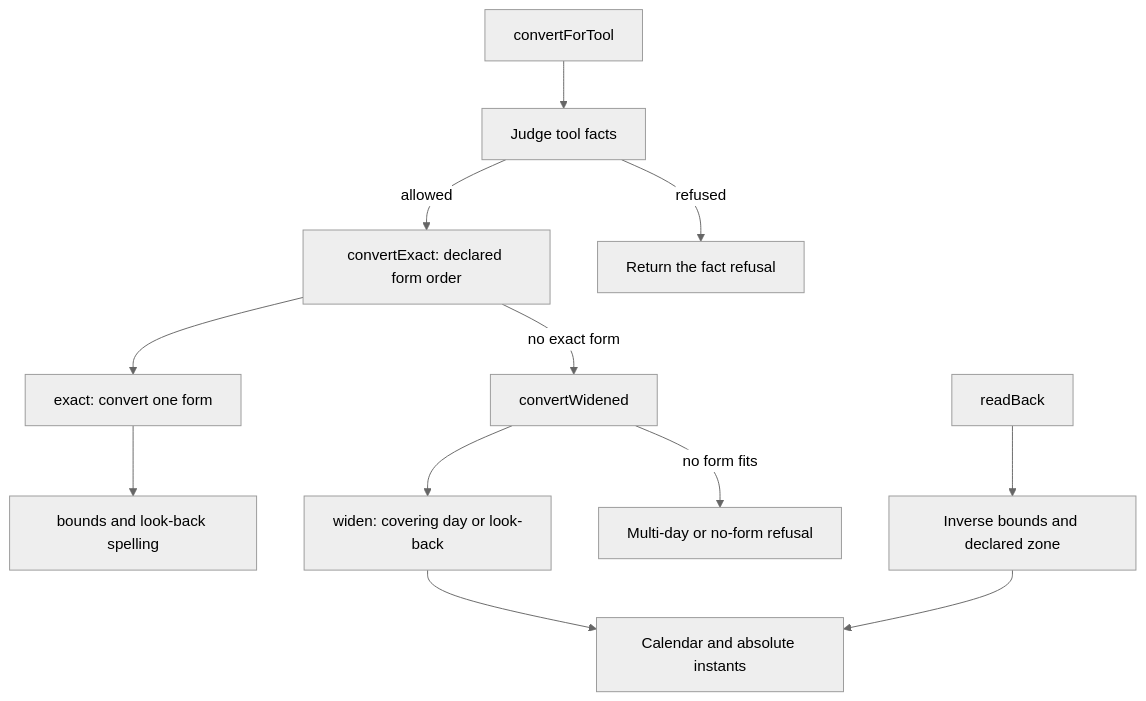
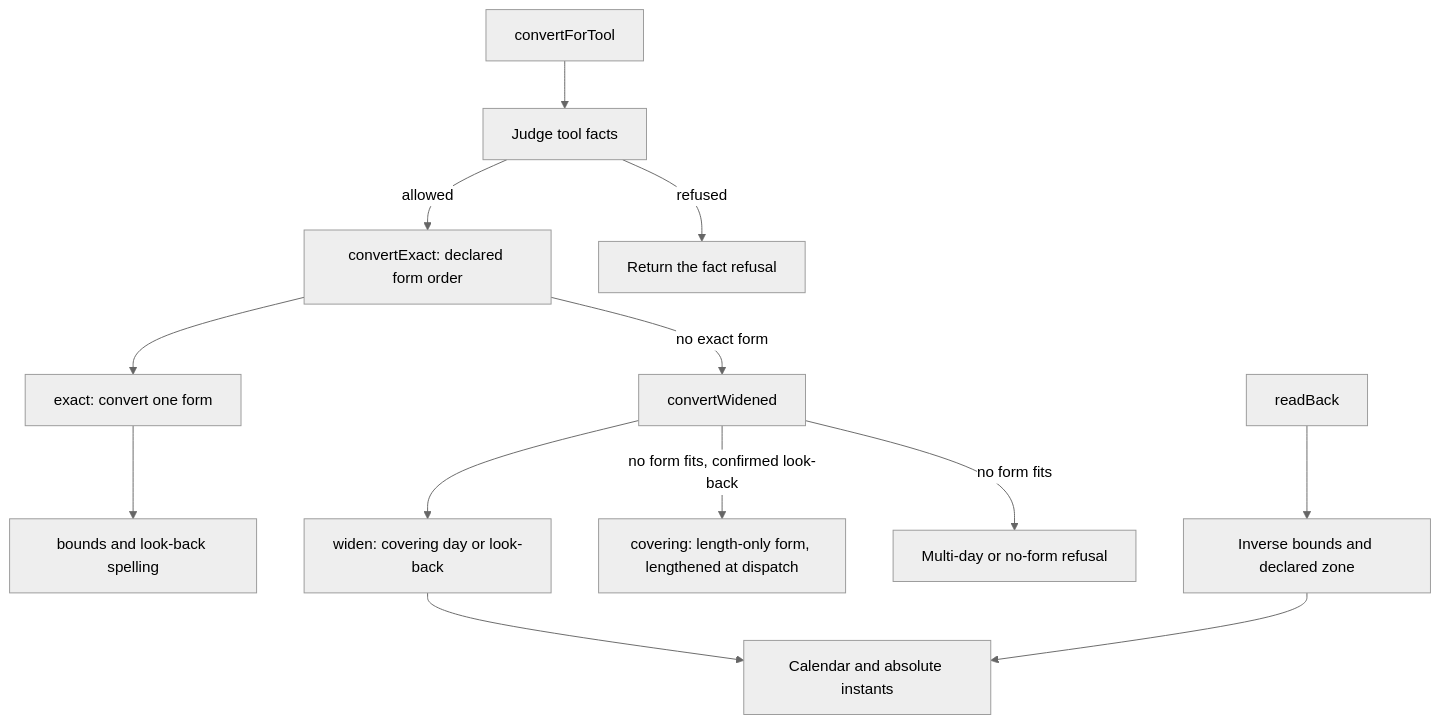
One commit to footprintjs/agentfootprint changed the diagram in src/time/convert/README.md. Above: the diagram before and after it, drawn with Mermaid (neutral theme). The commit also changed other lines of this file and 37 other files, not shown here.

First line of the commit message:
Cover a confirmed look-back for a length-only source at dispatch

````diff
--- a/src/time/convert/README.md
+++ b/src/time/convert/README.md
@@ -19,14 +20,15 @@
 ```mermaid
 flowchart TD
   T[convertForTool] --> F[Judge tool facts]
   F -->|allowed| E[convertExact: declared form order]
   F -->|refused| R[Return the fact refusal]
   E --> X[exact: convert one form]
   X --> B[bounds and look-back spelling]
   E -->|no exact form| W[convertWidened]
   W --> D[widen: covering day or look-back]
   D --> C[Calendar and absolute instants]
+  W -->|no form fits, confirmed look-back| S[covering: length-only form, lengthened at dispatch]
   W -->|no form fits| N[Multi-day or no-form refusal]
   Q[readBack] --> I[Inverse bounds and declared zone]
   I --> C
 ```
````
